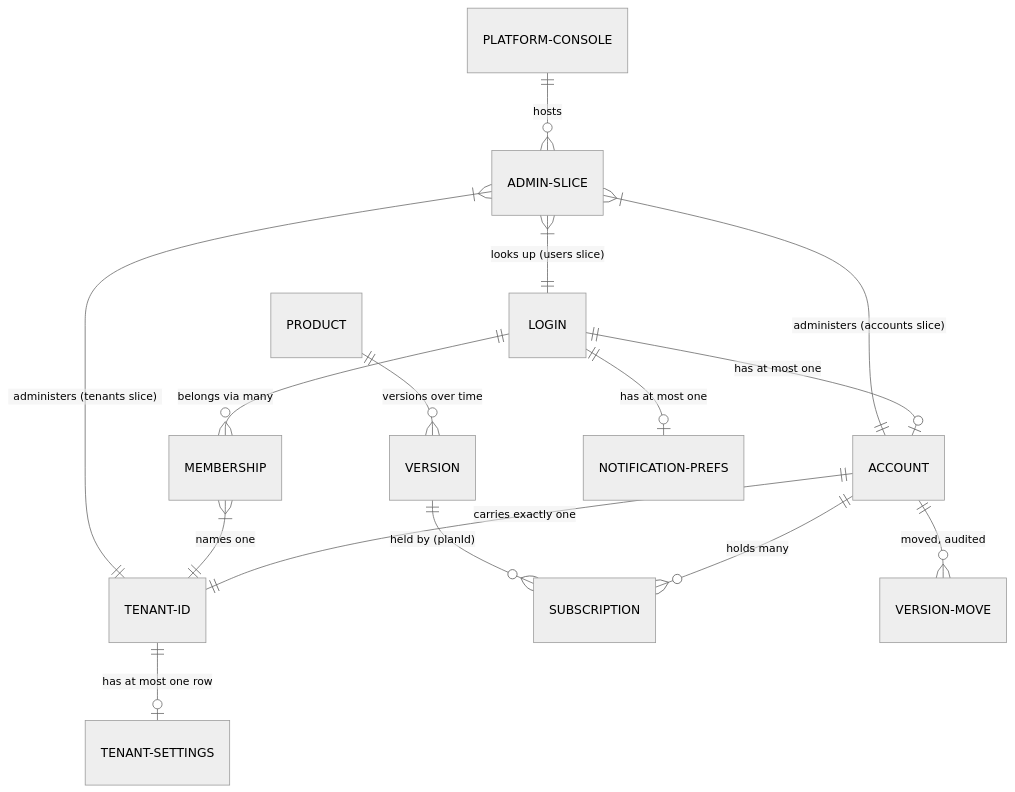
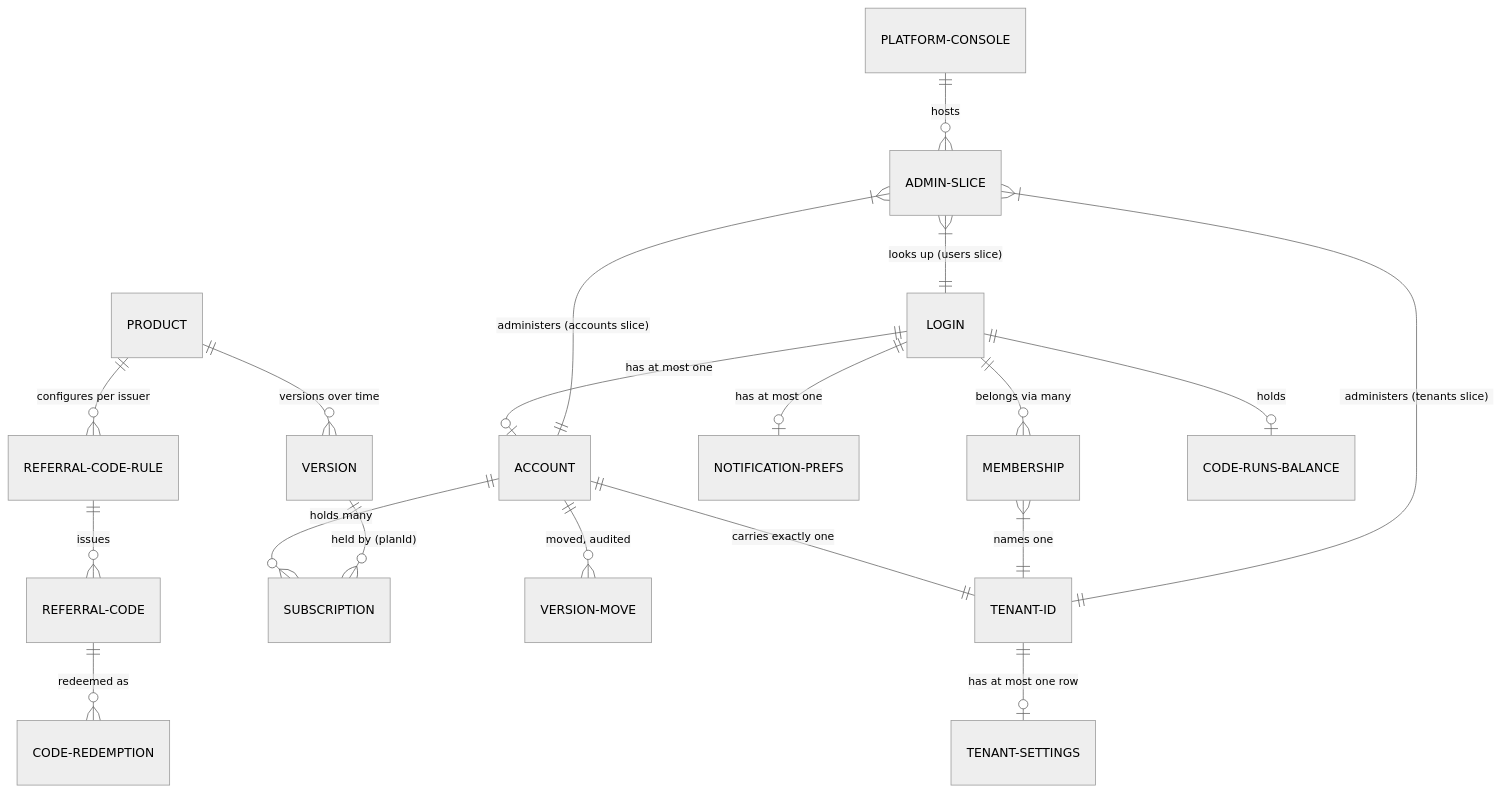
One commit to Qunsultant/cfagent changed the first of 3 diagrams in docs/architecture/business/platform-entity-capability-map.md. Above: the diagram before and after it, drawn with Mermaid (neutral theme). The commit also changed other lines of this file and 13 other files, not shown here.

Commit message:
feat(3307): code-runs gate step, failure-credit guard, and UI

````diff
--- a/docs/architecture/business/platform-entity-capability-map.md
+++ b/docs/architecture/business/platform-entity-capability-map.md
@@ -79,17 +94,21 @@
 ```mermaid
 erDiagram
     LOGIN ||--o| ACCOUNT : "has at most one"
     ACCOUNT ||--|| TENANT-ID : "carries exactly one"
     LOGIN ||--o{ MEMBERSHIP : "belongs via many"
     MEMBERSHIP }|--|| TENANT-ID : "names one"
     ACCOUNT ||--o{ SUBSCRIPTION : "holds many"
     PRODUCT ||--o{ VERSION : "versions over time"
     VERSION ||--o{ SUBSCRIPTION : "held by (planId)"
     ACCOUNT ||--o{ VERSION-MOVE : "moved, audited"
     LOGIN ||--o| NOTIFICATION-PREFS : "has at most one"
+    PRODUCT ||--o{ REFERRAL-CODE-RULE : "configures per issuer"
+    REFERRAL-CODE-RULE ||--o{ REFERRAL-CODE : "issues"
+    LOGIN ||--o| CODE-RUNS-BALANCE : "holds"
+    REFERRAL-CODE ||--o{ CODE-REDEMPTION : "redeemed as"
     TENANT-ID ||--o| TENANT-SETTINGS : "has at most one row"
     PLATFORM-CONSOLE ||--o{ ADMIN-SLICE : "hosts"
     ADMIN-SLICE }|--|| TENANT-ID : "administers (tenants slice)"
     ADMIN-SLICE }|--|| ACCOUNT : "administers (accounts slice)"
     ADMIN-SLICE }|--|| LOGIN : "looks up (users slice)"
 ```
````
